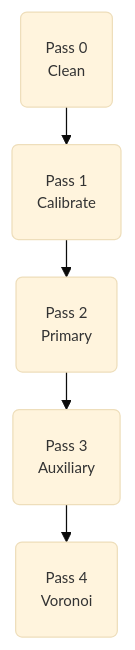
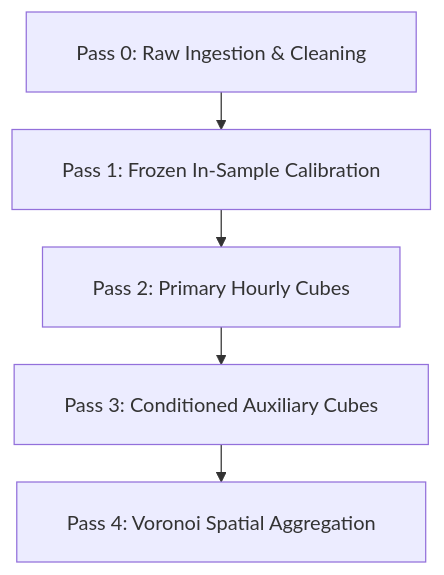
The diagram in docs/decisions/ADR-00008-weather-imputation-dag-and-anti-leakage-.md (CamiloEmiliano/ercot-voronoi-load), drawn with Mermaid before and after one commit.

Commit message:
Set ADR-00008 Mermaid node width to 300px

````diff
--- a/docs/decisions/ADR-00008-weather-imputation-dag-and-anti-leakage-.md
+++ b/docs/decisions/ADR-00008-weather-imputation-dag-and-anti-leakage-.md
@@ -37,11 +37,11 @@
 ```mermaid
-%%{init: {'theme': 'base', 'themeVariables': { 'fontSize': '12px' }, 'flowchart': { 'nodeSpacing': 20, 'rankSpacing': 30, 'padding': 20 }}}%%
+%%{init: {'layout': 'dagre', 'flowchart': {'htmlLabels': false, 'useMaxWidth': false, 'wrappingWidth': 300, 'minNodeWidth': 300, 'nodeSpacing': 30, 'rankSpacing': 30, 'padding': 20}}}%%
 flowchart TD
-    P0("Pass 0<br/>Clean")
-    P1("Pass 1<br/>Calibrate")
-    P2("Pass 2<br/>Primary")
-    P3("Pass 3<br/>Auxiliary")
-    P4("Pass 4<br/>Voronoi")
+    P0["Pass 0: Raw Ingestion & Cleaning"]
+    P1["Pass 1: Frozen In-Sample Calibration"]
+    P2["Pass 2: Primary Hourly Cubes"]
+    P3["Pass 3: Conditioned Auxiliary Cubes"]
+    P4["Pass 4: Voronoi Spatial Aggregation"]
 
     P0 --> P1 --> P2 --> P3 --> P4
 ```
````
